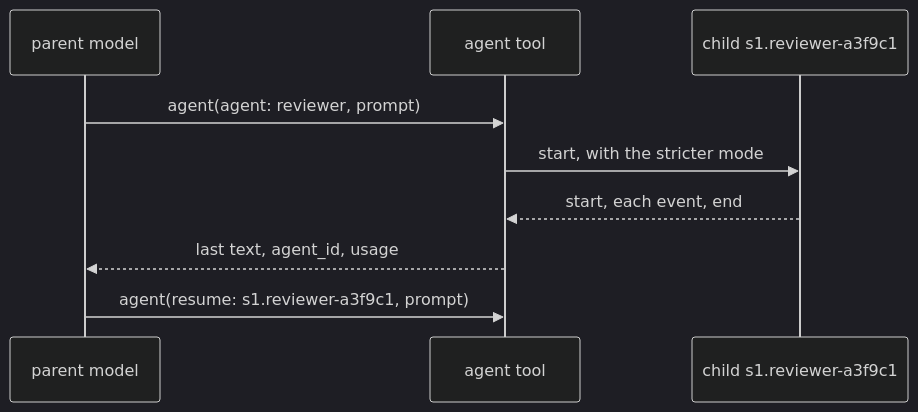
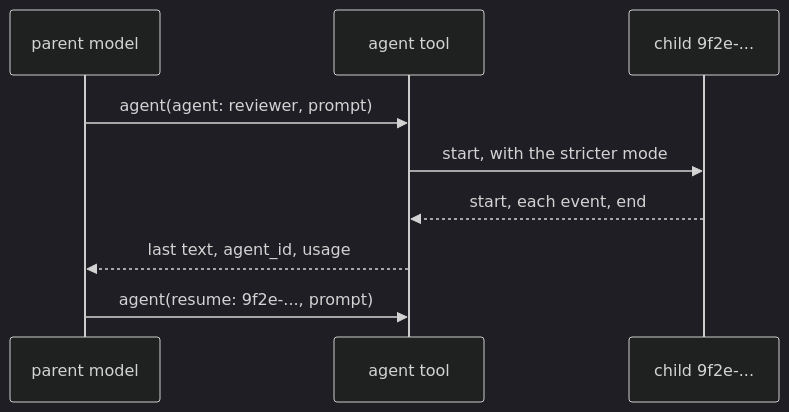
Before and after one commit to sonnes/gopi: the diagram in docs/concepts/harness/agent-tool.md, drawn with Mermaid (dark theme). The commit also changed other lines of this file and 24 other files, not shown here.

````diff
--- a/docs/concepts/harness/agent-tool.md
+++ b/docs/concepts/harness/agent-tool.md
@@ -15,13 +15,13 @@
 ```mermaid
 sequenceDiagram
   accTitle: The agent tool runs a child
   accDescr: The child runs to its end in its own session, and its events reach the run stream of the parent. The parent model gets the result, and can resume the child.
   participant P as parent model
   participant T as agent tool
-  participant C as child s1.reviewer-a3f9c1
+  participant C as child 9f2e-...
   P->>T: agent(agent: reviewer, prompt)
   T->>C: start, with the stricter mode
   C-->>T: start, each event, end
   T-->>P: last text, agent_id, usage
-  P->>T: agent(resume: s1.reviewer-a3f9c1, prompt)
+  P->>T: agent(resume: 9f2e-..., prompt)
 ```
````
